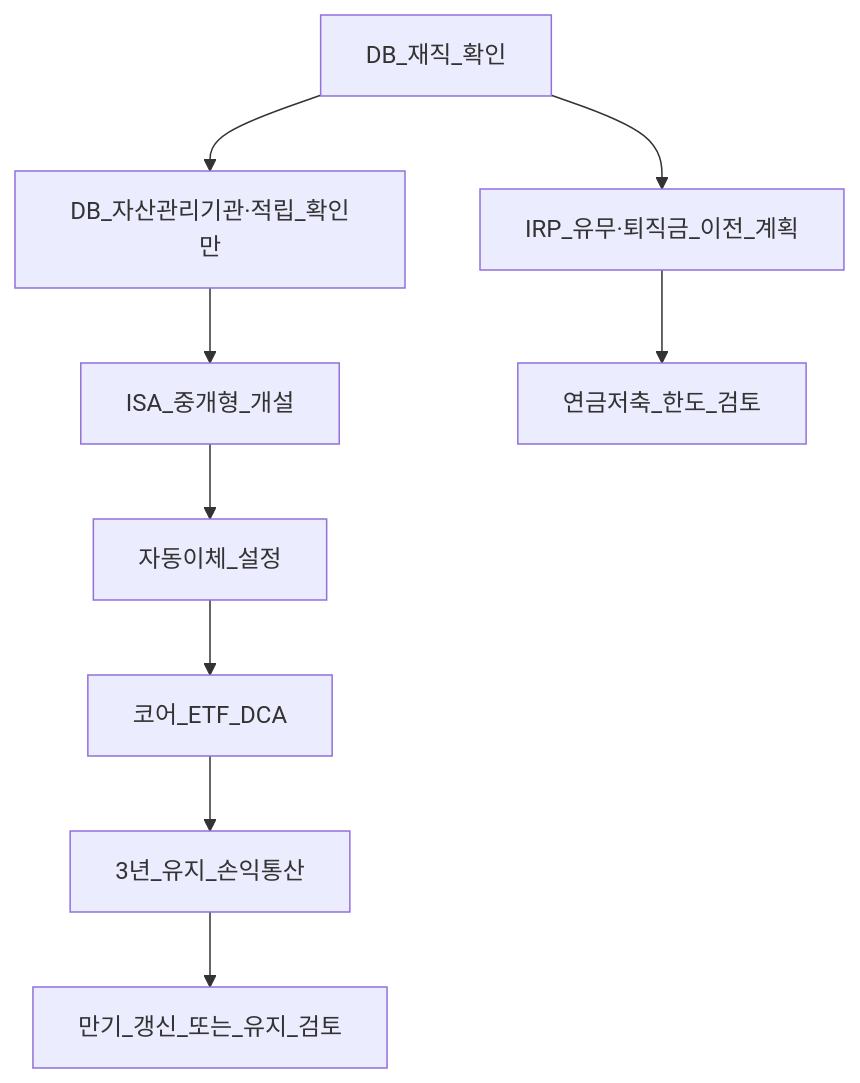
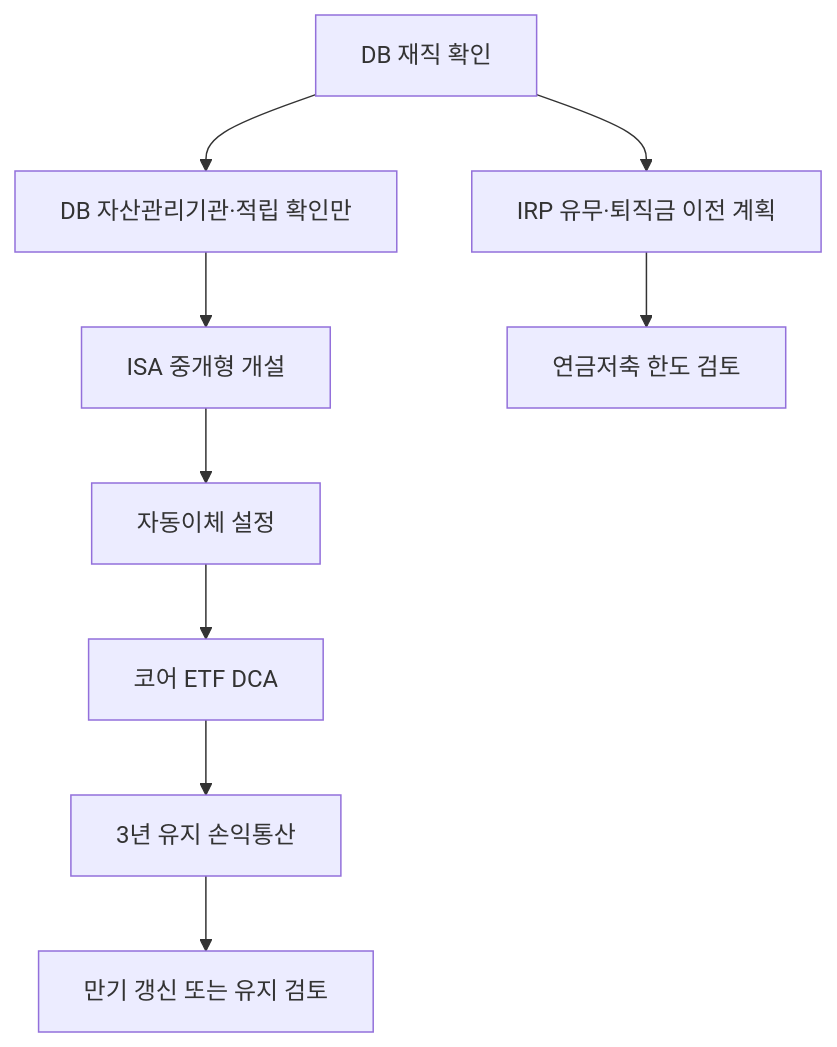
Before and after one commit to goldanghenry/Finances: the first of 4 diagrams in 06-korea-policy/isa-irp-practical-setup.md, drawn with Mermaid. The commit also changed other lines of this file and 211 other files, not shown here.

````diff
--- a/06-korea-policy/isa-irp-practical-setup.md
+++ b/06-korea-policy/isa-irp-practical-setup.md
@@ -102,11 +111,11 @@
 ```mermaid
 flowchart TD
-  Start[DB_재직_확인] --> DBchk[DB_자산관리기관·적립_확인만]
-  DBchk --> ISAopen[ISA_중개형_개설]
-  ISAopen --> Auto[자동이체_설정]
-  Auto --> ETF[코어_ETF_DCA]
-  ETF --> Y3[3년_유지_손익통산]
-  Y3 --> Rev[만기_갱신_또는_유지_검토]
-  Start --> IRPchk[IRP_유무·퇴직금_이전_계획]
-  IRPchk --> Pen[연금저축_한도_검토]
+  Start["DB 재직 확인"] --> DBchk["DB 자산관리기관·적립 확인만"]
+  DBchk --> ISAopen["ISA 중개형 개설"]
+  ISAopen --> Auto["자동이체 설정"]
+  Auto --> ETF["코어 ETF DCA"]
+  ETF --> Y3["3년 유지 손익통산"]
+  Y3 --> Rev["만기 갱신 또는 유지 검토"]
+  Start --> IRPchk["IRP 유무·퇴직금 이전 계획"]
+  IRPchk --> Pen["연금저축 한도 검토"]
 ```
````
